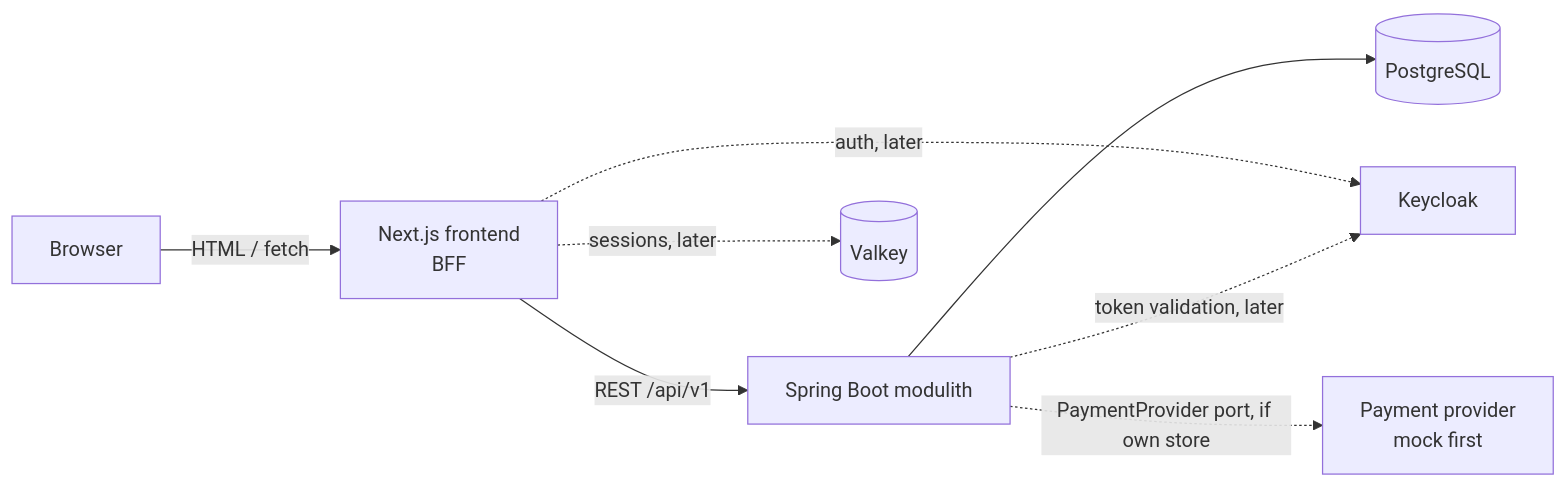
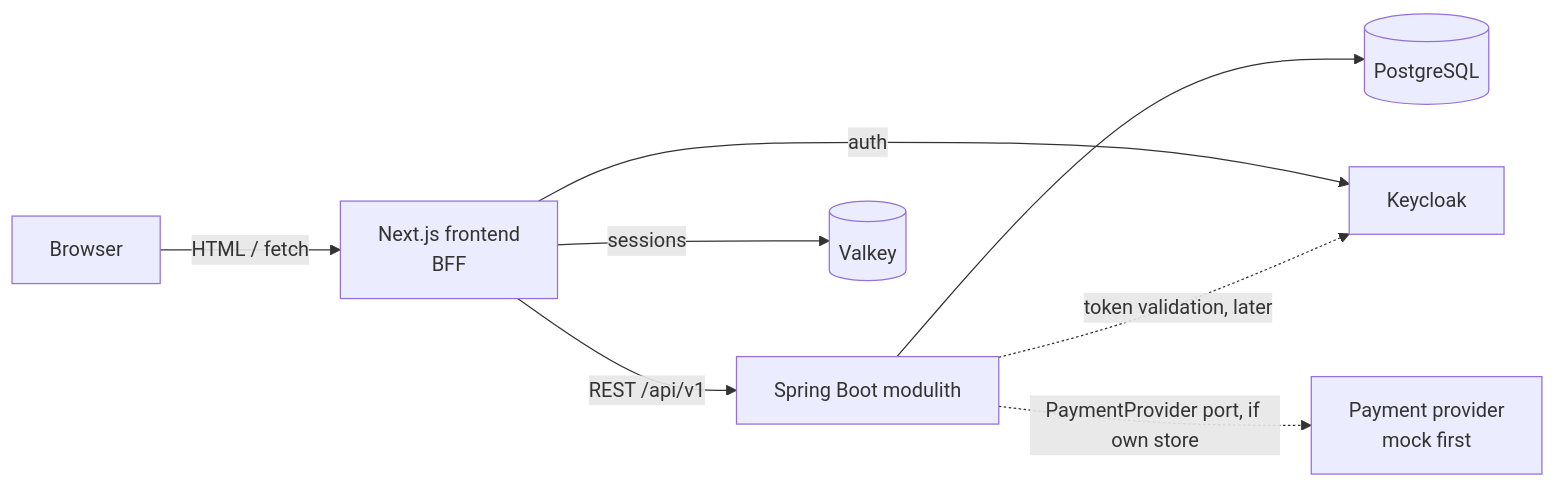
Before and after one commit to MiguelSombrero/kalia: the diagram in README.md, drawn with Mermaid. The commit also changed other lines of this file and 24 other files, not shown here.

First line of the commit message:
Next.js OIDC sign-in/out via Auth.js + Valkey-backed sessions (iteration 4 task 2)

````diff
--- a/README.md
+++ b/README.md
@@ -76,10 +76,10 @@
 ```mermaid
 flowchart LR
     Browser -->|HTML / fetch| Next[Next.js frontend<br/>BFF]
     Next -->|REST /api/v1| Spring[Spring Boot modulith]
     Spring --> PG[(PostgreSQL)]
-    Next -.->|sessions, later| Valkey[(Valkey)]
-    Next -.->|auth, later| KC[Keycloak]
+    Next -->|sessions| Valkey[(Valkey)]
+    Next -->|auth| KC[Keycloak]
     Spring -.->|token validation, later| KC
     Spring -.->|PaymentProvider port, if own store| PSP[Payment provider<br/>mock first]
 ```
````
